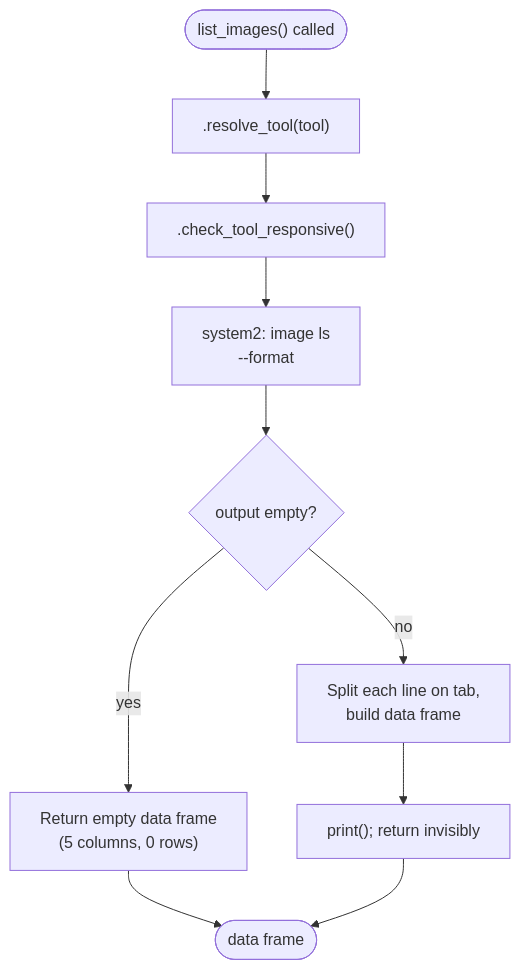
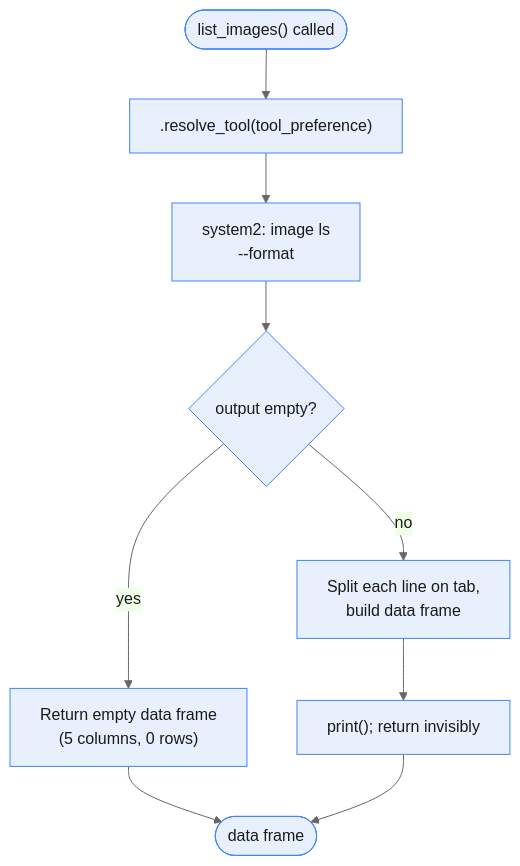
Before and after one commit to erwinlares/containr: the fifth of 8 diagrams in diagrams.qmd, drawn with Mermaid. The commit also changed other lines of this file, not shown here.

Commit message:
updated: diagrams.qmd to better understand the package codebase

````diff
--- a/diagrams.qmd
+++ b/diagrams.qmd
@@ -206,12 +223,12 @@
 ```{mermaid}
+%%{init: {'theme': 'base', 'themeVariables': {'background': '#ffffff', 'primaryColor': '#e8f0fe', 'primaryTextColor': '#1a1a1a', 'primaryBorderColor': '#4285f4', 'lineColor': '#666666'}}}%%
 flowchart TD
-    Start(["list_images() called"]) --> Resolve[".resolve_tool(tool)"]
-    Resolve --> CheckResp[".check_tool_responsive()"]
-    CheckResp --> Query["system2: <tool> image ls\n--format <tab-separated template>"]
+    Start(["list_images() called"]) --> Resolve[".resolve_tool(tool_preference)"]
+    Resolve --> Query["system2: <tool> image ls\n--format <tab-separated template>"]
     Query --> Empty{"output empty?"}
     Empty -- yes --> ReturnEmpty["Return empty data frame\n(5 columns, 0 rows)"]
     Empty -- no --> Parse["Split each line on tab,\nbuild data frame"]
     Parse --> PrintReturn["print(); return invisibly"]
     ReturnEmpty --> End(["data frame"])
     PrintReturn --> End
 ```
````
